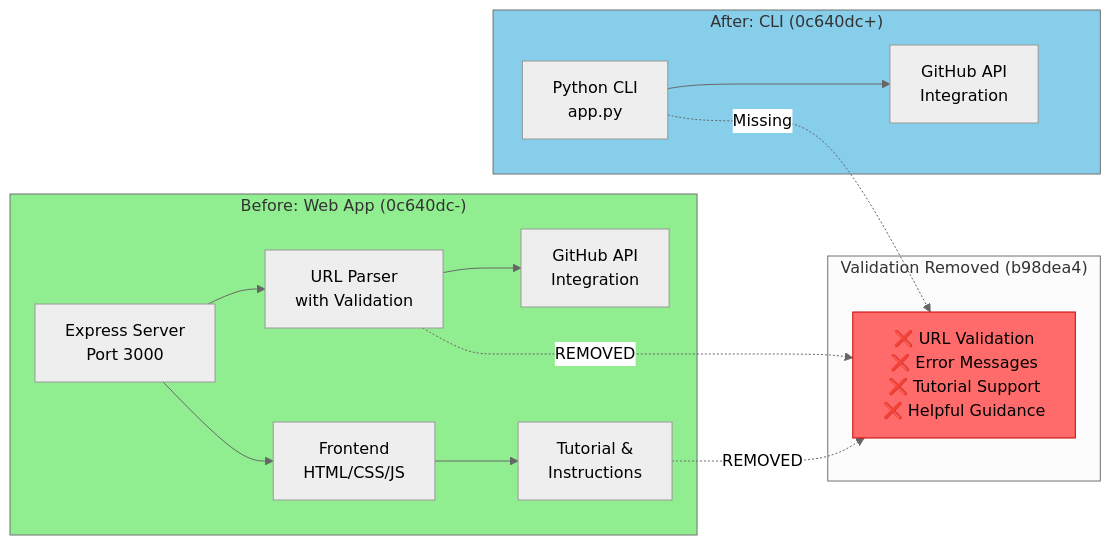
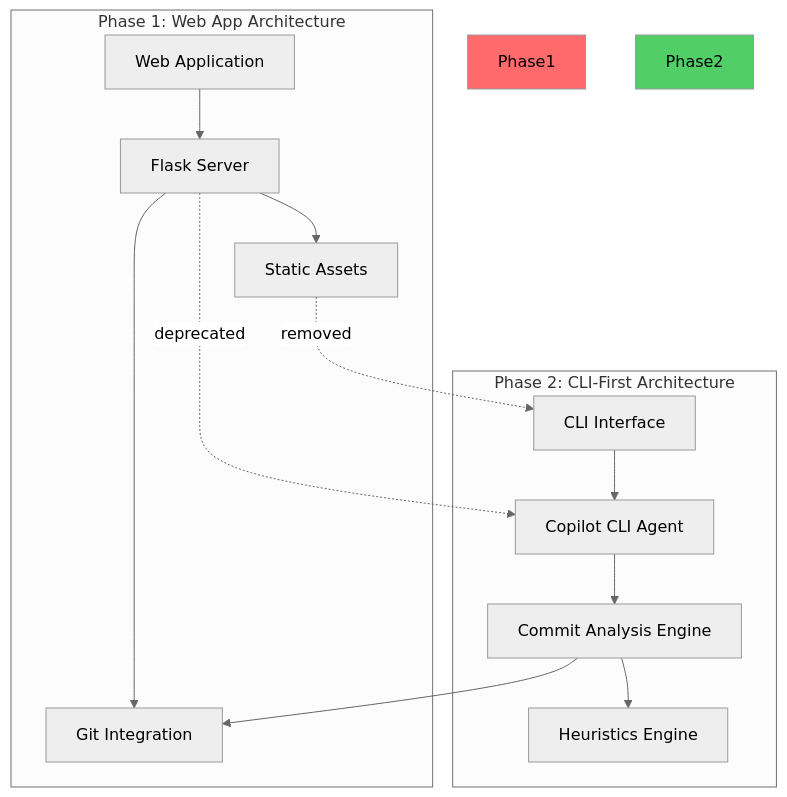
One commit to Juls95/DocWeave changed the first of 7 diagrams in DocweaveDocs/DIAGRAMS.md. Above: the diagram before and after it, drawn with Mermaid (neutral theme). The commit also changed other lines of this file and 4 other files, not shown here.

````diff
--- a/DocweaveDocs/DIAGRAMS.md
+++ b/DocweaveDocs/DIAGRAMS.md
@@ -74,25 +3,29 @@
 ```mermaid
-graph LR
-    subgraph Before["Before: Web App (0c640dc-)"]
-        WEB["Express Server<br/>Port 3000"] --> PARSE["URL Parser<br/>with Validation"]
-        PARSE --> API["GitHub API<br/>Integration"]
-        WEB --> FE["Frontend<br/>HTML/CSS/JS"]
-        FE --> GUIDE["Tutorial &<br/>Instructions"]
+graph TB
+    subgraph "Phase 1: Web App Architecture"
+        WEB["Web Application"]
+        FLASK["Flask Server"]
+        STATIC["Static Assets"]
+        GIT["Git Integration"]
+        WEB --> FLASK
+        FLASK --> STATIC
+        FLASK --> GIT
     end
     
-    subgraph After["After: CLI (0c640dc+)"]
-        CLI["Python CLI<br/>app.py"] --> GITHUBAPI["GitHub API<br/>Integration"]
+    subgraph "Phase 2: CLI-First Architecture"
+        CLI["CLI Interface"]
+        COPILOT["Copilot CLI Agent"]
+        ANALYSIS["Commit Analysis Engine"]
+        HEURISTICS["Heuristics Engine"]
+        CLI --> COPILOT
+        COPILOT --> ANALYSIS
+        ANALYSIS --> HEURISTICS
+        ANALYSIS --> GIT
     end
     
-    subgraph Degradation["Validation Removed (b98dea4)"]
-        MISSING["❌ URL Validation<br/>❌ Error Messages<br/>❌ Tutorial Support<br/>❌ Helpful Guidance"]
-    end
+    FLASK -.->|deprecated| COPILOT
+    STATIC -.->|removed| CLI
     
-    PARSE -.->|REMOVED| MISSING
-    GUIDE -.->|REMOVED| MISSING
-    CLI -.->|Missing| MISSING
-    
-    style MISSING fill:#ff6b6b,stroke:#cc0000
-    style Before fill:#90EE90
-    style After fill:#87CEEB
+    style Phase1 fill:#ff6b6b
+    style Phase2 fill:#51cf66
 ```
````
